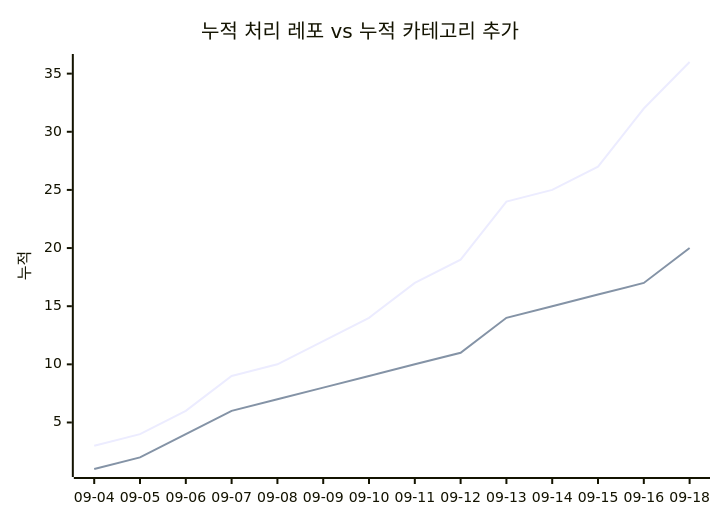
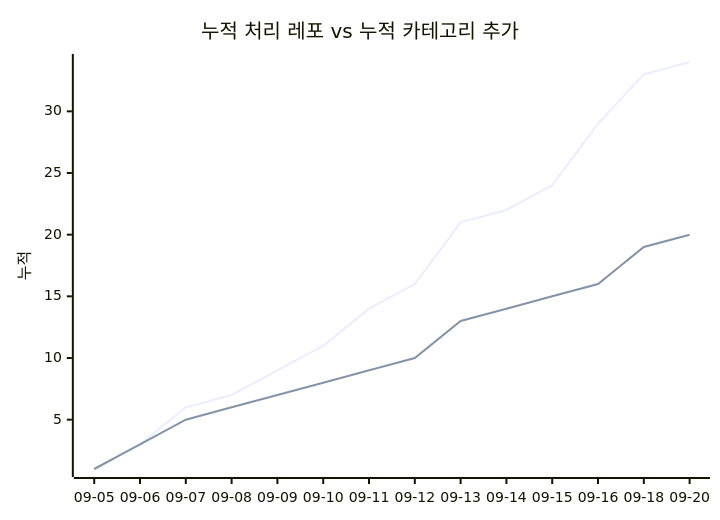
Before and after one commit to J-nowcow/awesome-korean-agent-skills: the second of 2 diagrams in docs/trends.md, drawn with Mermaid. The commit also changed other lines of this file and 3 other files, not shown here.

````diff
--- a/docs/trends.md
+++ b/docs/trends.md
@@ -68,8 +68,8 @@
 ```mermaid
 xychart-beta
     title "누적 처리 레포 vs 누적 카테고리 추가"
-    x-axis ["09-04","09-05","09-06","09-07","09-08","09-09","09-10","09-11","09-12","09-13","09-14","09-15","09-16","09-18"]
+    x-axis ["09-05","09-06","09-07","09-08","09-09","09-10","09-11","09-12","09-13","09-14","09-15","09-16","09-18","09-20"]
     y-axis "누적"
-    line [3,4,6,9,10,12,14,17,19,24,25,27,32,36]
-    line [1,2,4,6,7,8,9,10,11,14,15,16,17,20]
+    line [1,3,6,7,9,11,14,16,21,22,24,29,33,34]
+    line [1,3,5,6,7,8,9,10,13,14,15,16,19,20]
 ```
````
